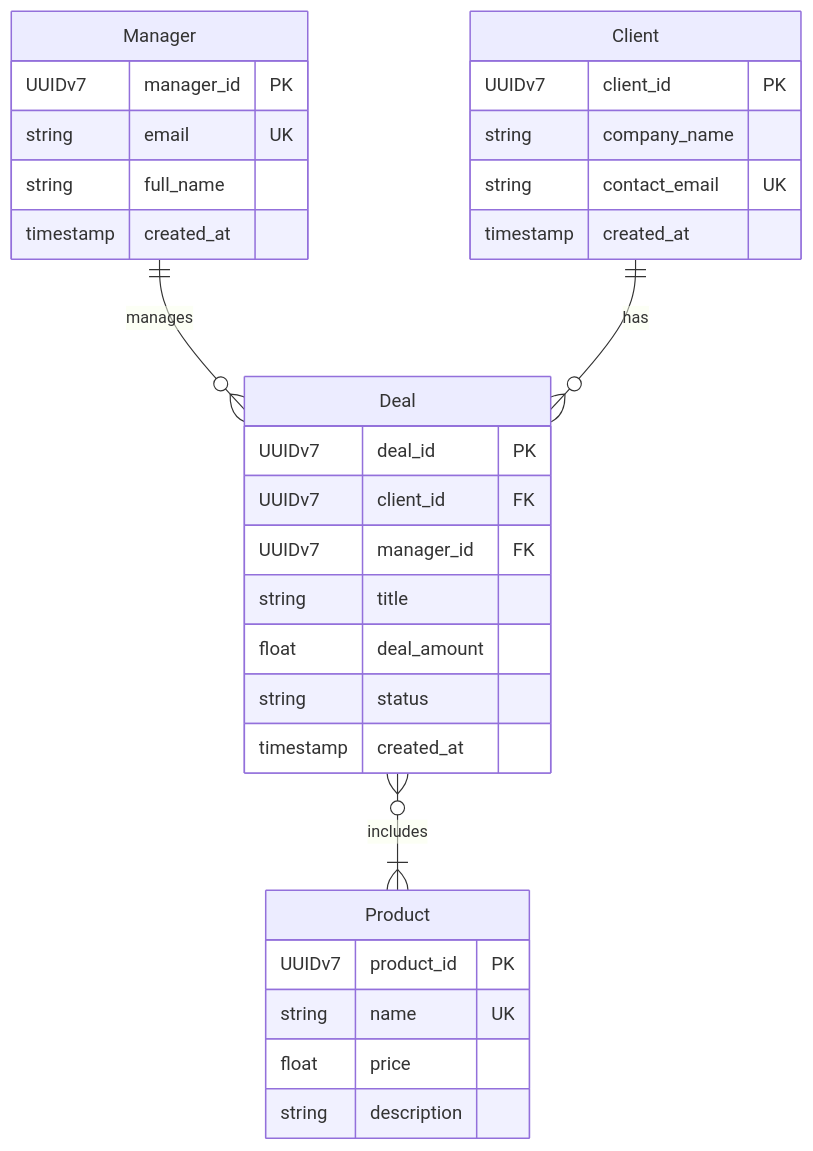
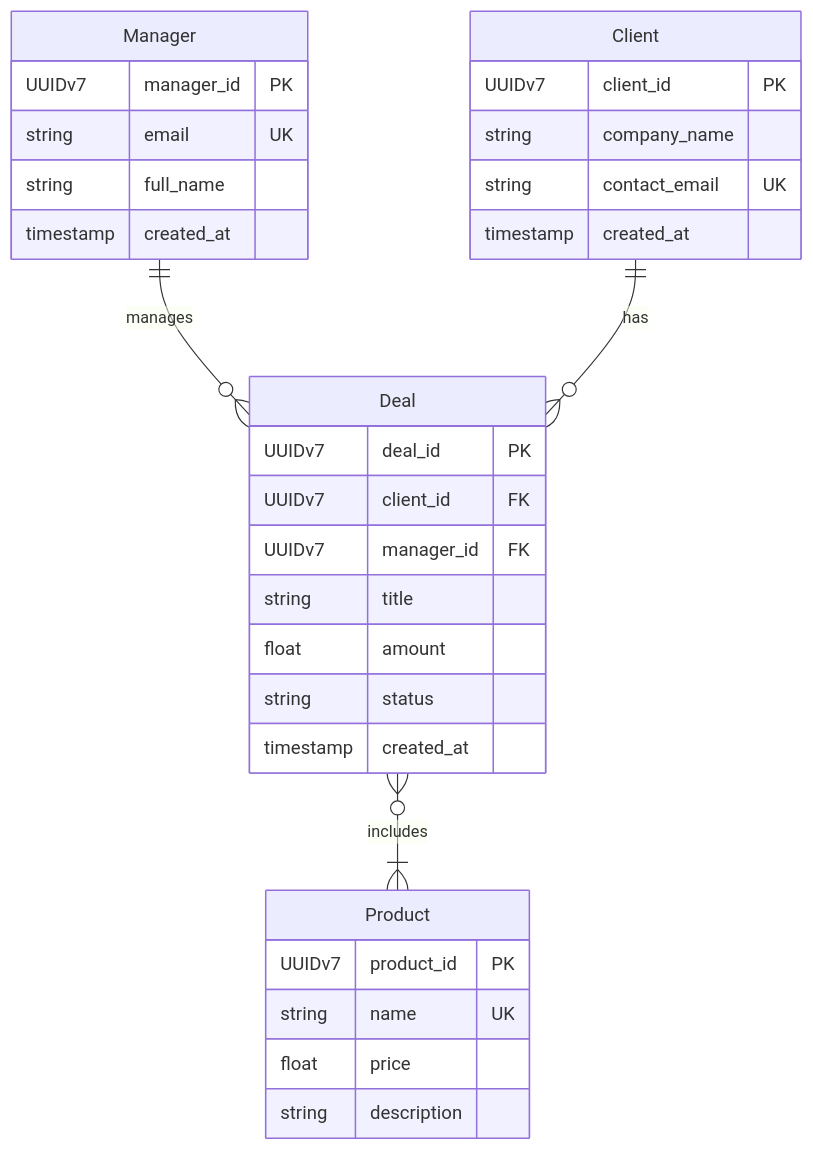
Before and after one commit to VitalityTech/SRMA_Labs: the diagram in lab1/model/er-diagram.mmd, drawn with Mermaid. The commit also changed 1 other file, not shown here.

Commit message:
fix(lab1): add naming convention criterion — fix Deal.deal_amount to amount
Audit discrepancy 3: AI named field 'deal_amount' instead of 'amount' as
specified. Added criterion requiring exact attribute name match between
spec and diagram. Regenerated model.

```diff
--- a/lab1/model/er-diagram.mmd
+++ b/lab1/model/er-diagram.mmd
@@ -1,32 +1,32 @@
 erDiagram
     Manager ||--o{ Deal : manages
     Client ||--o{ Deal : has
     Deal }o--|{ Product : includes
 
     Manager {
         UUIDv7 manager_id PK
         string email UK
         string full_name
         timestamp created_at
     }
     Client {
         UUIDv7 client_id PK
         string company_name
         string contact_email UK
         timestamp created_at
     }
     Deal {
         UUIDv7 deal_id PK
         UUIDv7 client_id FK
         UUIDv7 manager_id FK
         string title
-        float deal_amount
+        float amount
         string status
         timestamp created_at
     }
     Product {
         UUIDv7 product_id PK
         string name UK
         float price
         string description
     }
```
